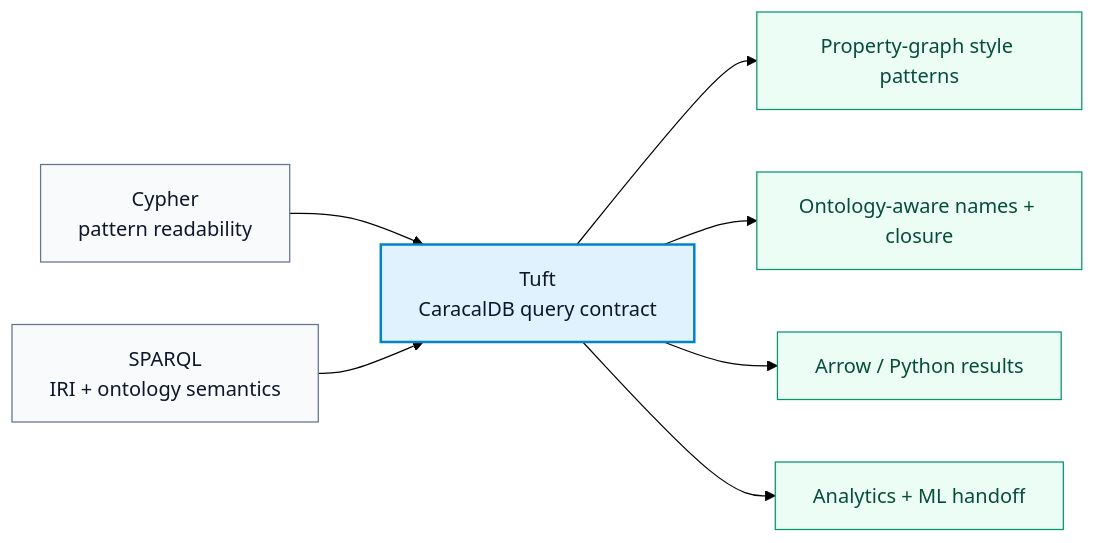
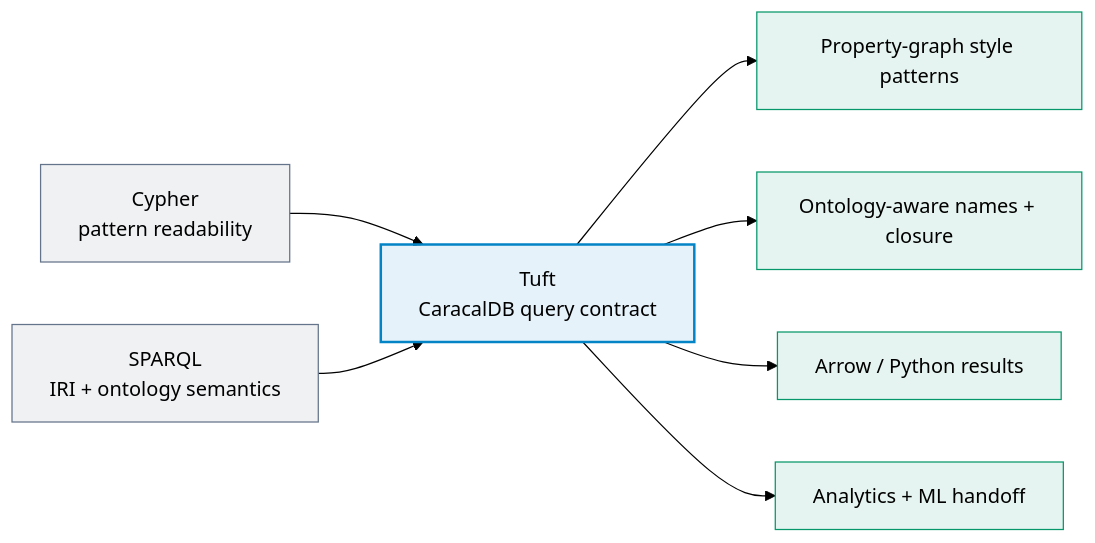
The diagram in docs/concepts/tuft-vs-cypher-vs-sparql.md (eastlighting1/CaracalDB), drawn with Mermaid (forest theme) before and after one commit.

Commit message:
fix: update mermaid diagram styles for improved visibility

````diff
--- a/docs/concepts/tuft-vs-cypher-vs-sparql.md
+++ b/docs/concepts/tuft-vs-cypher-vs-sparql.md
@@ -30,17 +30,17 @@
 ```mermaid
 flowchart LR
     C["Cypher<br/>pattern readability"] --> T["Tuft<br/>CaracalDB query contract"]
     S["SPARQL<br/>IRI + ontology semantics"] --> T
 
     T --> P["Property-graph style patterns"]
     T --> O["Ontology-aware names + closure"]
     T --> A["Arrow / Python results"]
     T --> M["Analytics + ML handoff"]
 
-    classDef source fill:#f8fafc,stroke:#64748b,color:#0f172a,stroke-width:1px
-    classDef tuft fill:#e0f2fe,stroke:#0284c7,color:#0f172a,stroke-width:2px
-    classDef outcome fill:#ecfdf5,stroke:#059669,color:#064e3b,stroke-width:1px
+    classDef source fill:#64748b1a,stroke:#64748b,stroke-width:1px
+    classDef tuft fill:#0284c71a,stroke:#0284c7,stroke-width:2px
+    classDef outcome fill:#0596691a,stroke:#059669,stroke-width:1px
     class C,S source
     class T tuft
     class P,O,A,M outcome
 ```
````
